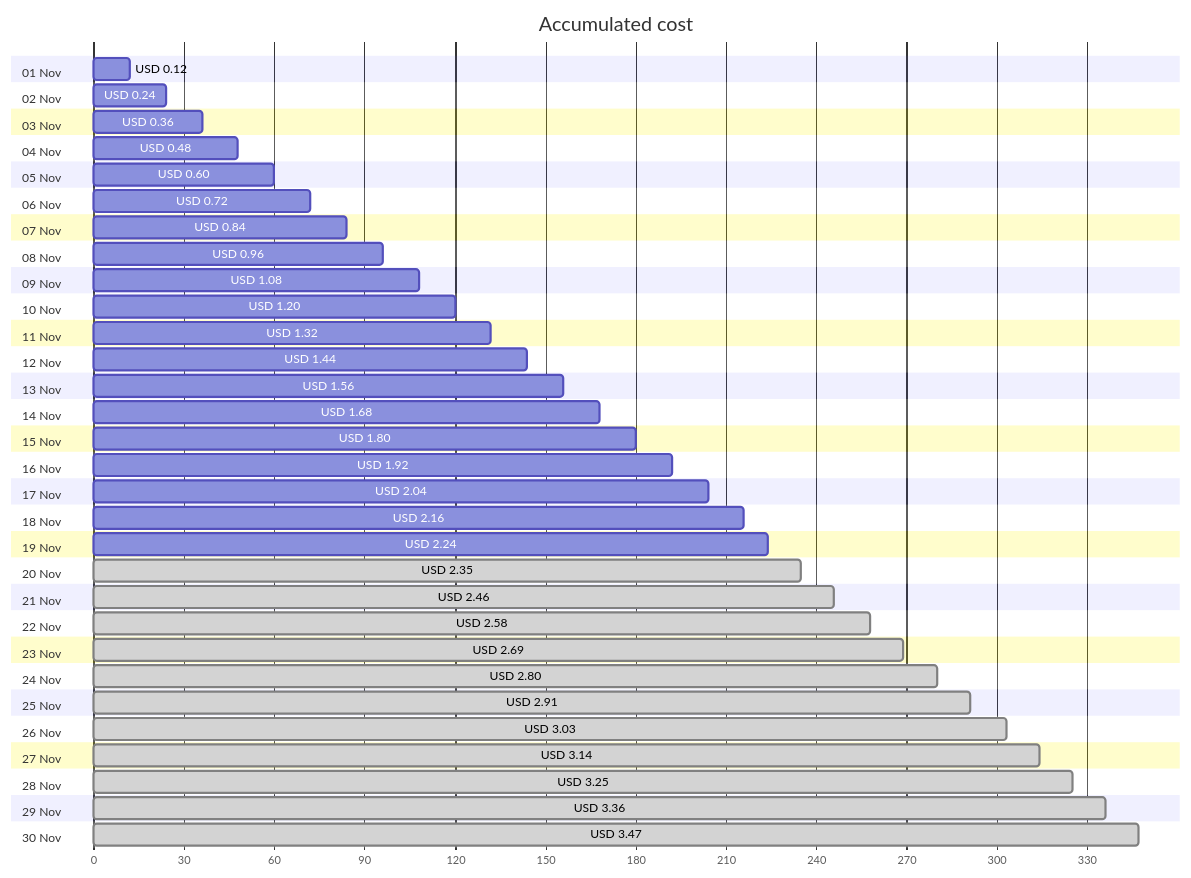
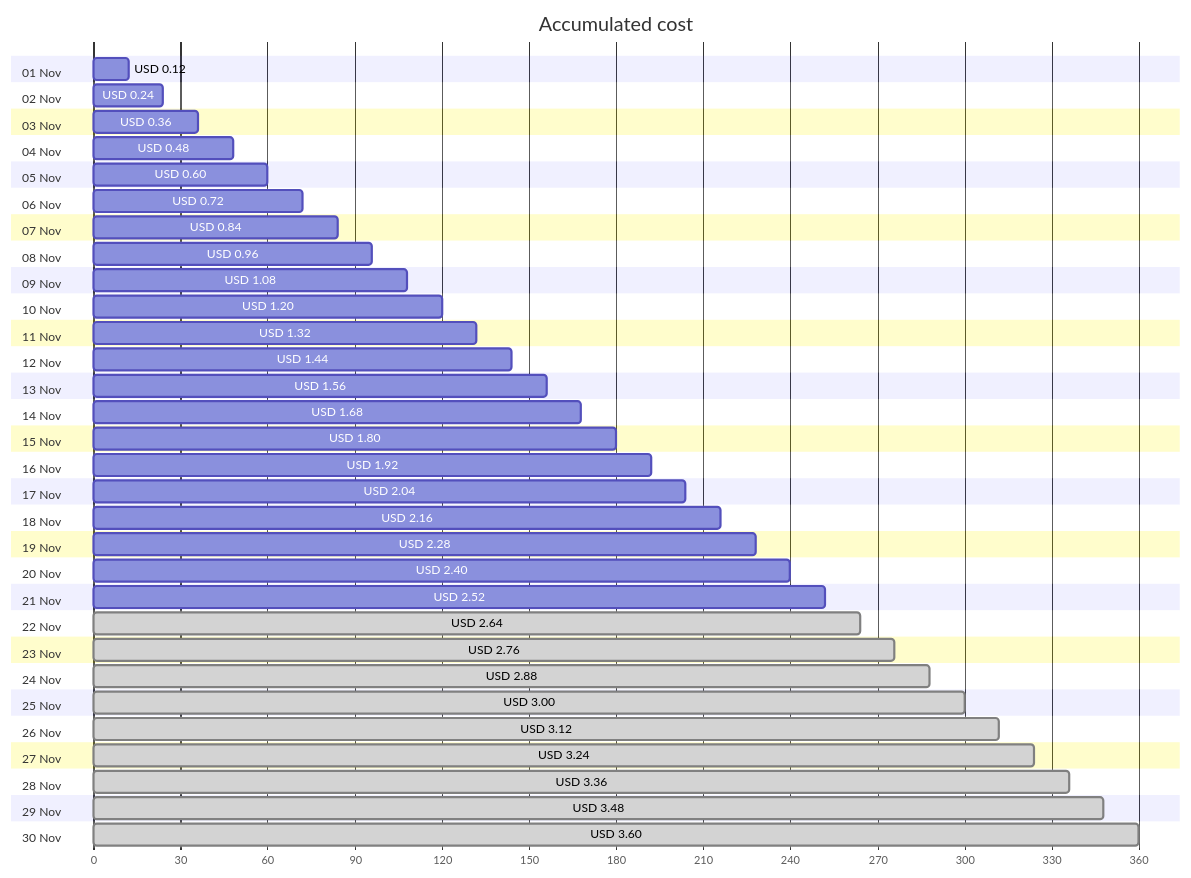
Before and after one commit to jpfulton/azure-personal-reports: the first of 4 diagrams in cost-reports/personal-network/backup-server-public-ip.md, drawn with Mermaid. The commit also changed other lines of this file and 8 other files, not shown here.

````diff
--- a/cost-reports/personal-network/backup-server-public-ip.md
+++ b/cost-reports/personal-network/backup-server-public-ip.md
@@ -20,66 +20,66 @@
 ```mermaid
 gantt
    title Accumulated cost
    dateFormat  X
    axisFormat %s
    section 01 Nov
    USD 0.12 :0, 12
    section 02 Nov
    USD 0.24 :0, 24
    section 03 Nov
    USD 0.36 :0, 36
    section 04 Nov
    USD 0.48 :0, 48
    section 05 Nov
    USD 0.60 :0, 60
    section 06 Nov
    USD 0.72 :0, 72
    section 07 Nov
    USD 0.84 :0, 84
    section 08 Nov
    USD 0.96 :0, 96
    section 09 Nov
    USD 1.08 :0, 108
    section 10 Nov
    USD 1.20 :0, 120
    section 11 Nov
    USD 1.32 :0, 132
    section 12 Nov
    USD 1.44 :0, 144
    section 13 Nov
    USD 1.56 :0, 156
    section 14 Nov
    USD 1.68 :0, 168
    section 15 Nov
    USD 1.80 :0, 180
    section 16 Nov
    USD 1.92 :0, 192
    section 17 Nov
    USD 2.04 :0, 204
    section 18 Nov
    USD 2.16 :0, 216
    section 19 Nov
-   USD 2.24 :0, 224
+   USD 2.28 :0, 228
    section 20 Nov
-   USD 2.35 : done, 0, 235
+   USD 2.40 :0, 240
    section 21 Nov
-   USD 2.46 : done, 0, 246
+   USD 2.52 :0, 252
    section 22 Nov
-   USD 2.58 : done, 0, 258
+   USD 2.64 : done, 0, 264
    section 23 Nov
-   USD 2.69 : done, 0, 269
+   USD 2.76 : done, 0, 276
    section 24 Nov
-   USD 2.80 : done, 0, 280
+   USD 2.88 : done, 0, 288
    section 25 Nov
-   USD 2.91 : done, 0, 291
+   USD 3.00 : done, 0, 300
    section 26 Nov
-   USD 3.03 : done, 0, 303
+   USD 3.12 : done, 0, 312
    section 27 Nov
-   USD 3.14 : done, 0, 314
+   USD 3.24 : done, 0, 324
    section 28 Nov
-   USD 3.25 : done, 0, 325
+   USD 3.36 : done, 0, 336
    section 29 Nov
-   USD 3.36 : done, 0, 336
+   USD 3.48 : done, 0, 348
    section 30 Nov
-   USD 3.47 : done, 0, 347
+   USD 3.60 : done, 0, 360
 ```
````
